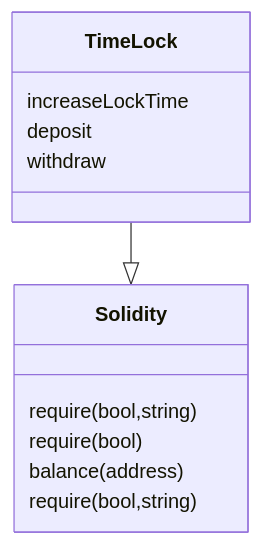
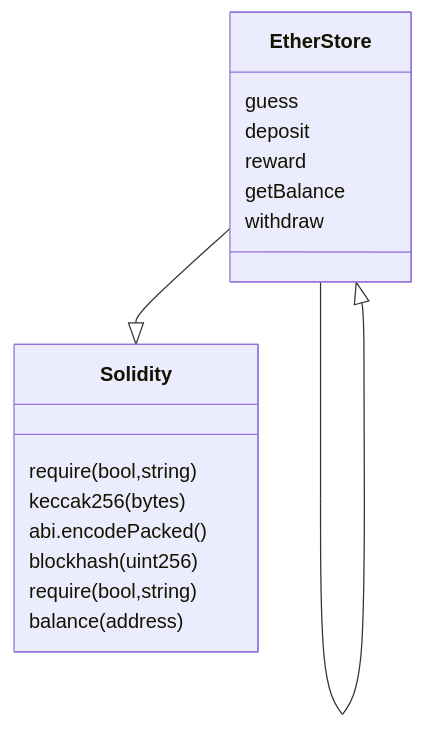
One commit to siksum/SafeDevAnalyzer changed the diagram in result/call_graph_results/call-graph.md. Above: the diagram before and after it, drawn with Mermaid. The commit also changed 9 other files, not shown here.

````diff
--- a/result/call_graph_results/call-graph.md
+++ b/result/call_graph_results/call-graph.md
@@ -1,16 +1,20 @@
 ```mermaid
 classDiagram
-	class TimeLock{
-		increaseLockTime
+	class EtherStore{
+		guess
 		deposit
+		reward
+		getBalance
 		withdraw
 	}
 	class Solidity{
 		require(bool,string)
-		require(bool)
+		keccak256(bytes)
+		abi.encodePacked()
+		blockhash(uint256)
+		require(bool,string)
 		balance(address)
-		require(bool,string)
 	}
-TimeLock --|> Solidity
-
+EtherStore --|> Solidity
+EtherStore --|> EtherStore
 ```
````
